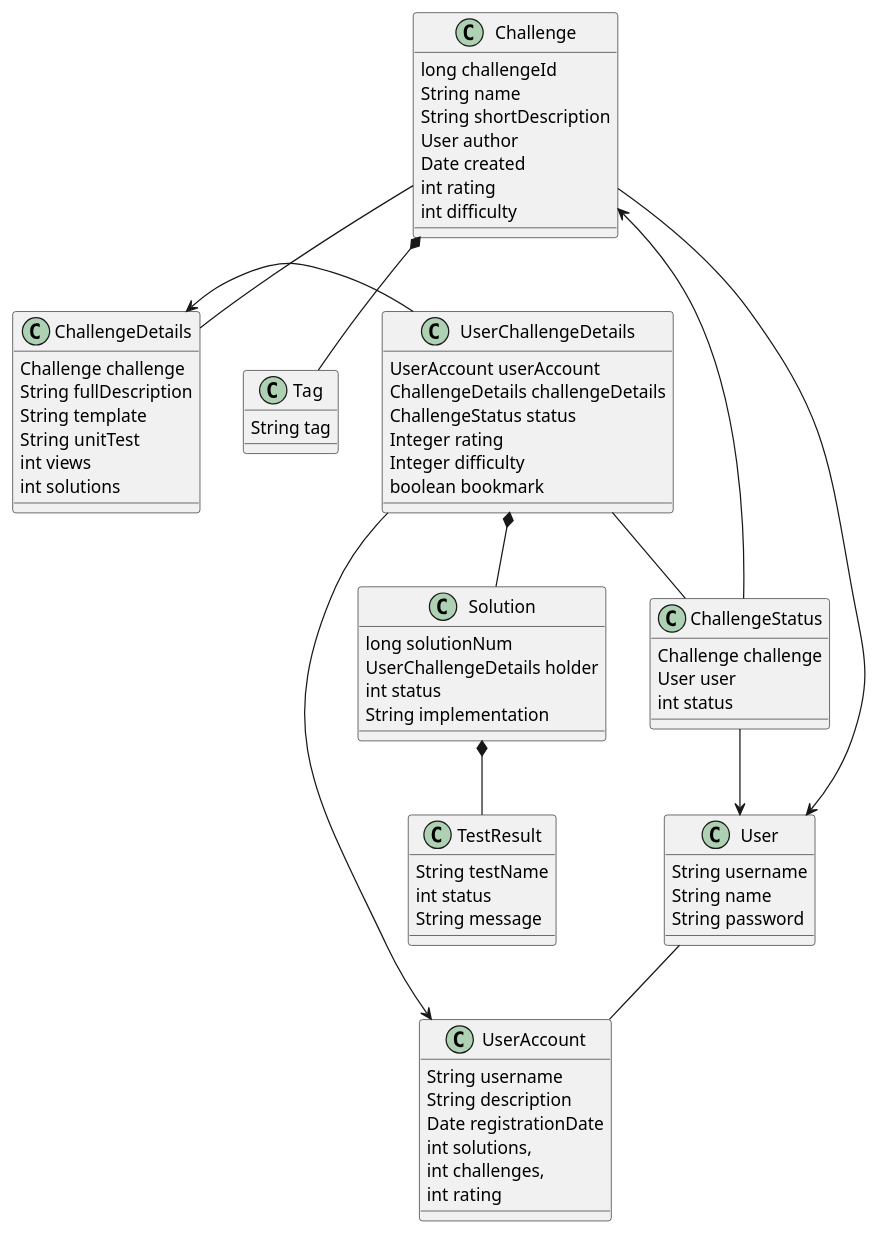
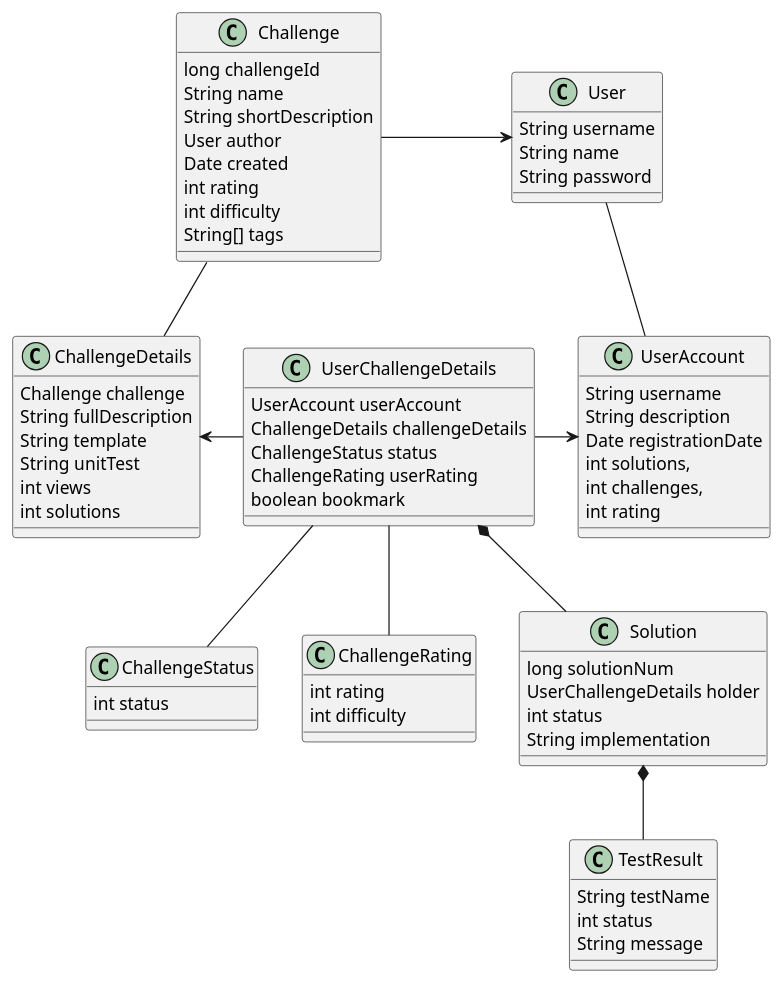
Before and after one commit to Daemon712/foobarbaz-backend: the diagram in design/data_model/common.puml, drawn with PlantUML. The commit also changed 14 other files, not shown here.

Commit message:
extract user rating to extra entity

```diff
--- a/design/data_model/common.puml
+++ b/design/data_model/common.puml
@@ -1,82 +1,79 @@
 @startuml
 
 class User {
     String username
     String name
     String password
 }
 
 class UserAccount {
     String username
     String description
     Date registrationDate
     int solutions,
     int challenges,
     int rating
 }
 
 class Challenge {
     long challengeId
     String name
     String shortDescription
     User author
     Date created
     int rating
     int difficulty
+    String[] tags
 }
 
 class ChallengeDetails {
     Challenge challenge
     String fullDescription
     String template
     String unitTest
     int views
     int solutions
 }
 
 class ChallengeStatus {
-    Challenge challenge
-    User user
     int status
 }
 
-class Tag {
-    String tag
+class ChallengeRating {
+    int rating
+    int difficulty
 }
 
 class UserChallengeDetails {
     UserAccount userAccount
     ChallengeDetails challengeDetails
     ChallengeStatus status
-    Integer rating
-    Integer difficulty
+    ChallengeRating userRating
     boolean bookmark
 }
 
 class Solution {
     long solutionNum
     UserChallengeDetails holder
     int status
     String implementation
 }
 
 class TestResult {
     String testName
     int status
     String message
 }
 
 
 Challenge -> User
-Challenge *-- Tag
 User -- UserAccount
 Challenge -- ChallengeDetails
-ChallengeStatus --> User
-ChallengeStatus --> Challenge
 ChallengeDetails <- UserChallengeDetails
 UserChallengeDetails -> UserAccount
 UserChallengeDetails -- ChallengeStatus
+UserChallengeDetails -- ChallengeRating
 UserChallengeDetails *-- Solution
 Solution *-- TestResult
 
 @enduml
```
